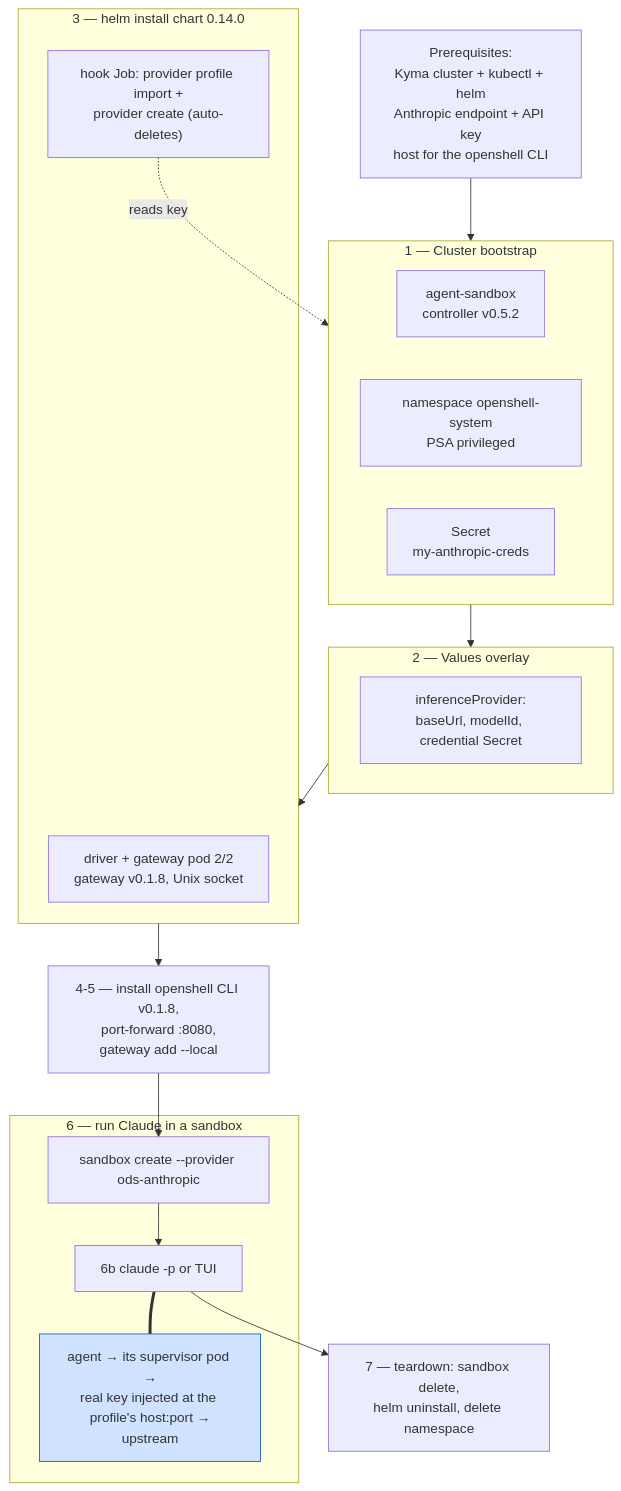
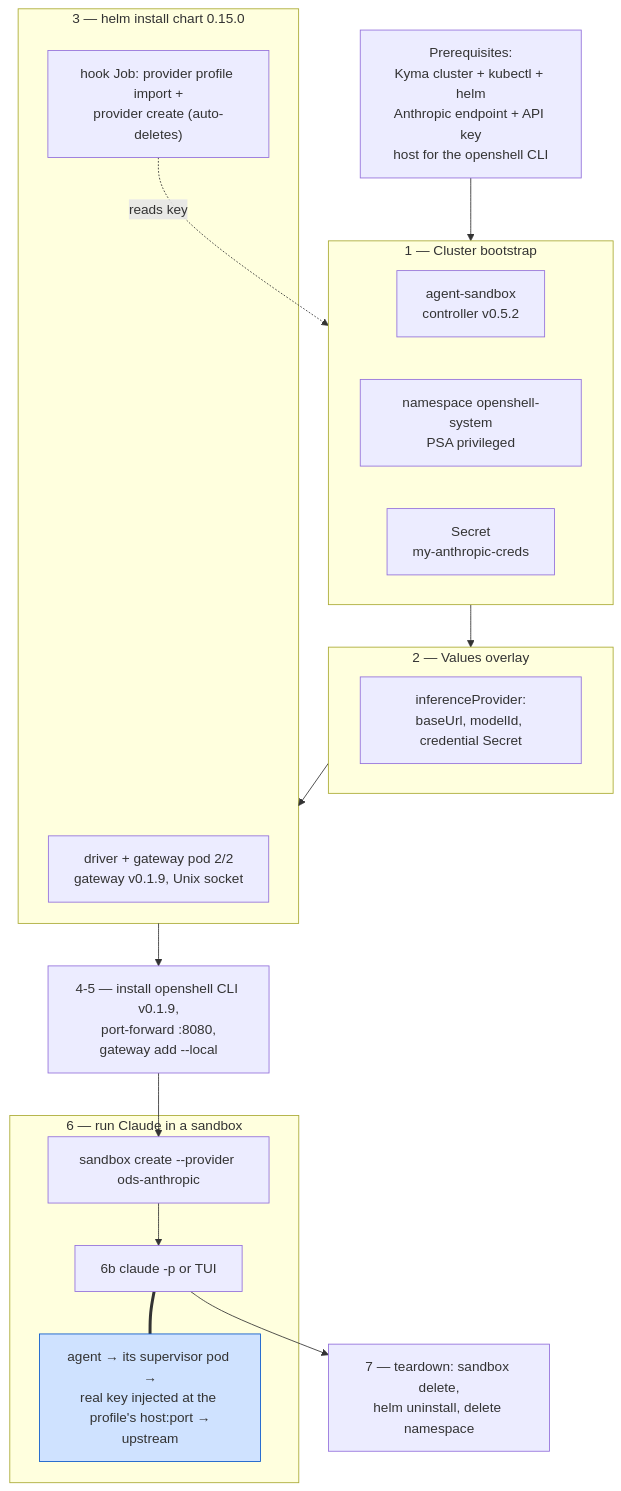
One commit to st-gr/openshell-driver-kyma changed the diagram in docs/tutorial-anthropic-direct.md. Above: the diagram before and after it, drawn with Mermaid. The commit also changed other lines of this file and 29 other files, not shown here.

````diff
--- a/docs/tutorial-anthropic-direct.md
+++ b/docs/tutorial-anthropic-direct.md
@@ -8,42 +8,42 @@
 ```mermaid
 flowchart TB
     P["Prerequisites:<br/>Kyma cluster + kubectl + helm<br/>Anthropic endpoint + API key<br/>host for the openshell CLI"]
 
     subgraph S1["1 — Cluster bootstrap"]
         direction LR
         C1["agent-sandbox<br/>controller v0.5.2"]
         C2["namespace openshell-system<br/>PSA privileged"]
         C3["Secret<br/>my-anthropic-creds"]
     end
 
     subgraph S2["2 — Values overlay"]
         V["inferenceProvider:<br/>baseUrl, modelId, credential Secret"]
     end
 
-    subgraph S3["3 — helm install chart 0.14.0"]
-        POD["driver + gateway pod 2/2<br/>gateway v0.1.8, Unix socket"]
+    subgraph S3["3 — helm install chart 0.15.0"]
+        POD["driver + gateway pod 2/2<br/>gateway v0.1.9, Unix socket"]
         HOOK["hook Job: provider profile import +<br/>provider create (auto-deletes)"]
     end
 
-    S45["4-5 — install openshell CLI v0.1.8,<br/>port-forward :8080,<br/>gateway add --local"]
+    S45["4-5 — install openshell CLI v0.1.9,<br/>port-forward :8080,<br/>gateway add --local"]
 
     subgraph S6["6 — run Claude in a sandbox"]
         CREATE["sandbox create --provider ods-anthropic"]
         RUN["6b claude -p or TUI"]
         PATH["agent → its supervisor pod →<br/>real key injected at the profile's host:port →<br/>upstream"]
     end
 
     S7["7 — teardown: sandbox delete,<br/>helm uninstall, delete namespace"]
 
     P --> S1
     S1 --> S2
     S2 --> S3
     HOOK -.reads key.-> C3
     S3 --> S45
     S45 --> CREATE
     CREATE --> RUN
     RUN === PATH
     RUN --> S7
 
     style PATH fill:#cfe2ff,stroke:#0a58ca
 ```
````
